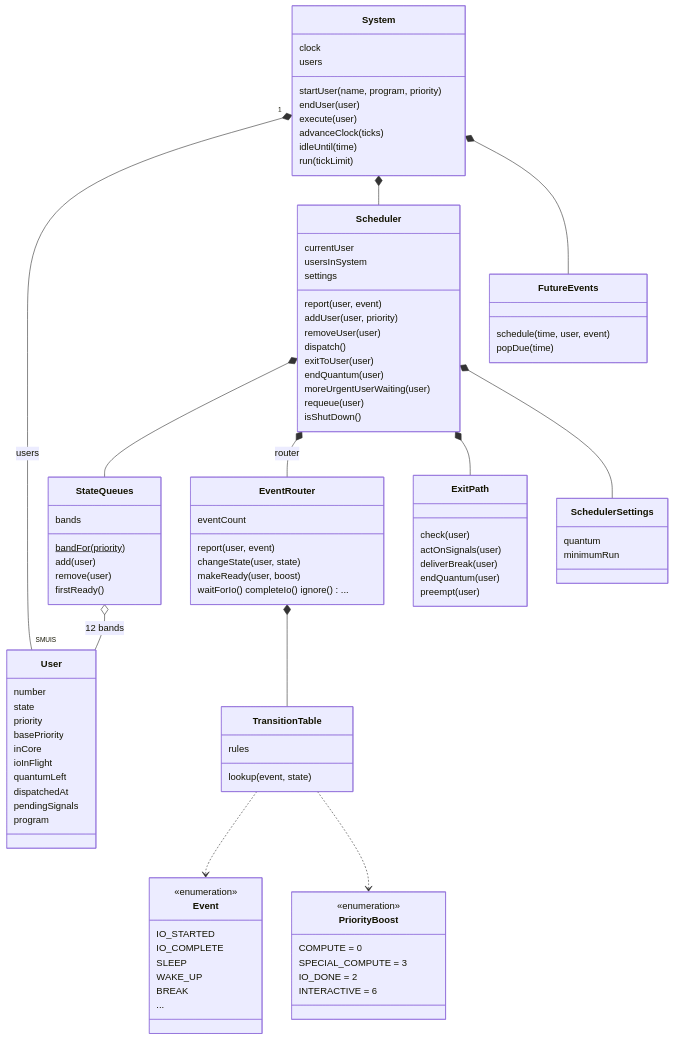
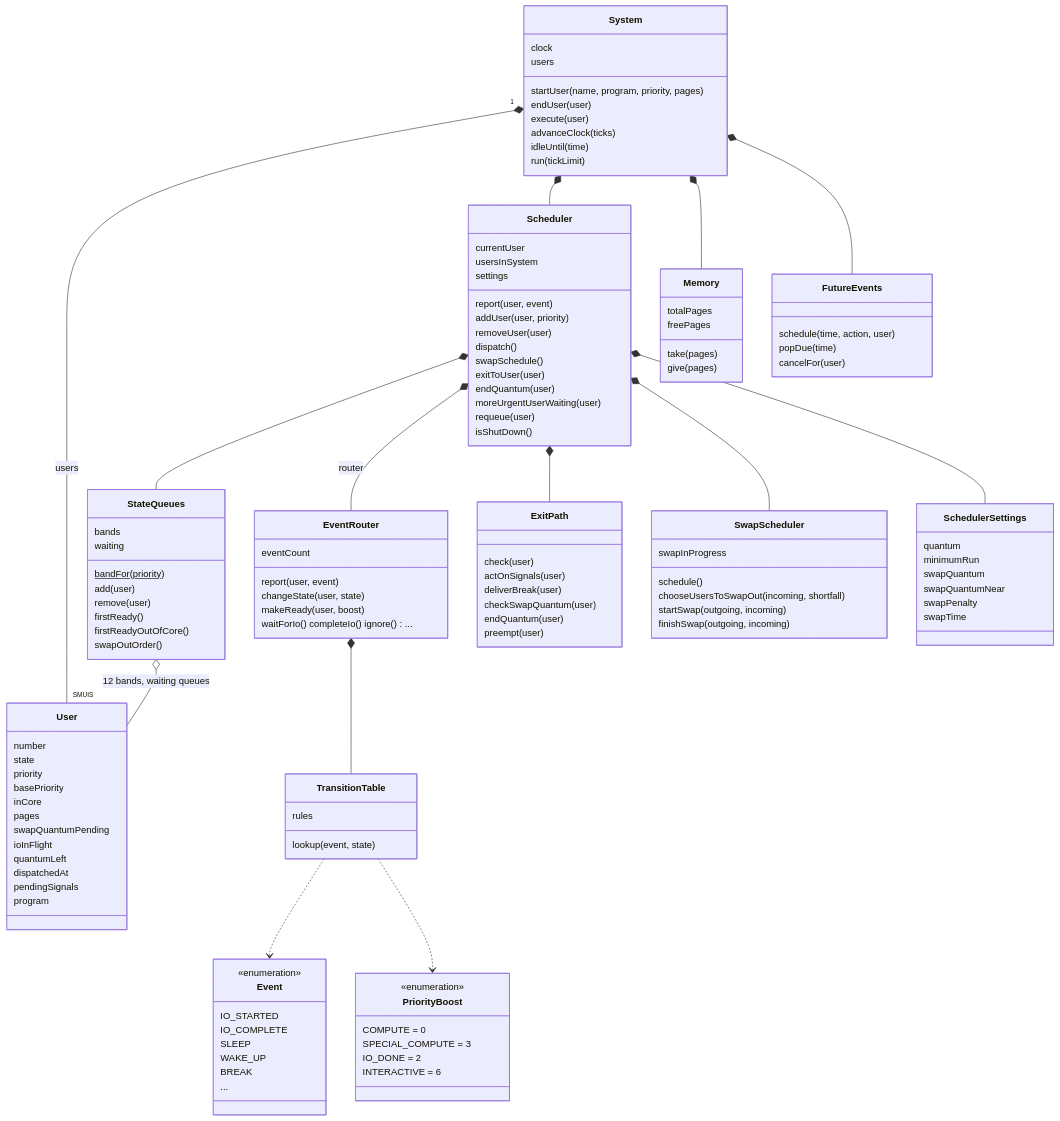
Before and after one commit to msiddalingaiah/Sigma: the first of 7 diagrams in pyCP-V/C00stap/docs/model.md, drawn with Mermaid. The commit also changed other lines of this file and 17 other files, not shown here.

Commit message:
Readable model: swapping, memory and the swap quantum

````diff
--- a/pyCP-V/C00stap/docs/model.md
+++ b/pyCP-V/C00stap/docs/model.md
@@ -64,7 +64,7 @@
     class System {
         clock
         users
-        startUser(name, program, priority)
+        startUser(name, program, priority, pages)
         endUser(user)
         execute(user)
         advanceClock(ticks)
@@ -79,6 +79,7 @@
         addUser(user, priority)
         removeUser(user)
         dispatch()
+        swapSchedule()
         exitToUser(user)
         endQuantum(user)
         moreUrgentUserWaiting(user)
@@ -89,12 +90,30 @@
         check(user)
         actOnSignals(user)
         deliverBreak(user)
+        checkSwapQuantum(user)
         endQuantum(user)
         preempt(user)
+    }
+    class SwapScheduler {
+        swapInProgress
+        schedule()
+        chooseUsersToSwapOut(incoming, shortfall)
+        startSwap(outgoing, incoming)
+        finishSwap(outgoing, incoming)
     }
     class SchedulerSettings {
         quantum
         minimumRun
+        swapQuantum
+        swapQuantumNear
+        swapPenalty
+        swapTime
+    }
+    class Memory {
+        totalPages
+        freePages
+        take(pages)
+        give(pages)
     }
     class User {
         number
@@ -102,6 +121,8 @@
         priority
         basePriority
         inCore
+        pages
+        swapQuantumPending
         ioInFlight
         quantumLeft
         dispatchedAt
@@ -110,10 +131,13 @@
     }
     class StateQueues {
         bands
+        waiting
         bandFor(priority)$
         add(user)
         remove(user)
         firstReady()
+        firstReadyOutOfCore()
+        swapOutOrder()
     }
     class EventRouter {
         eventCount
@@ -127,8 +151,9 @@
         lookup(event, state)
     }
     class FutureEvents {
-        schedule(time, user, event)
+        schedule(time, action, user)
         popDue(time)
+        cancelFor(user)
     }
     class Event {
         <<enumeration>>
@@ -148,13 +173,15 @@
     }
     System "1" *-- "SMUIS" User : users
     System *-- Scheduler
+    System *-- Memory
     System *-- FutureEvents
     Scheduler *-- StateQueues
     Scheduler *-- EventRouter : router
     Scheduler *-- ExitPath
+    Scheduler *-- SwapScheduler
     Scheduler *-- SchedulerSettings
     EventRouter *-- TransitionTable
     TransitionTable ..> Event
     TransitionTable ..> PriorityBoost
-    StateQueues o-- User : 12 bands
+    StateQueues o-- User : 12 bands, waiting queues
 ```
````
